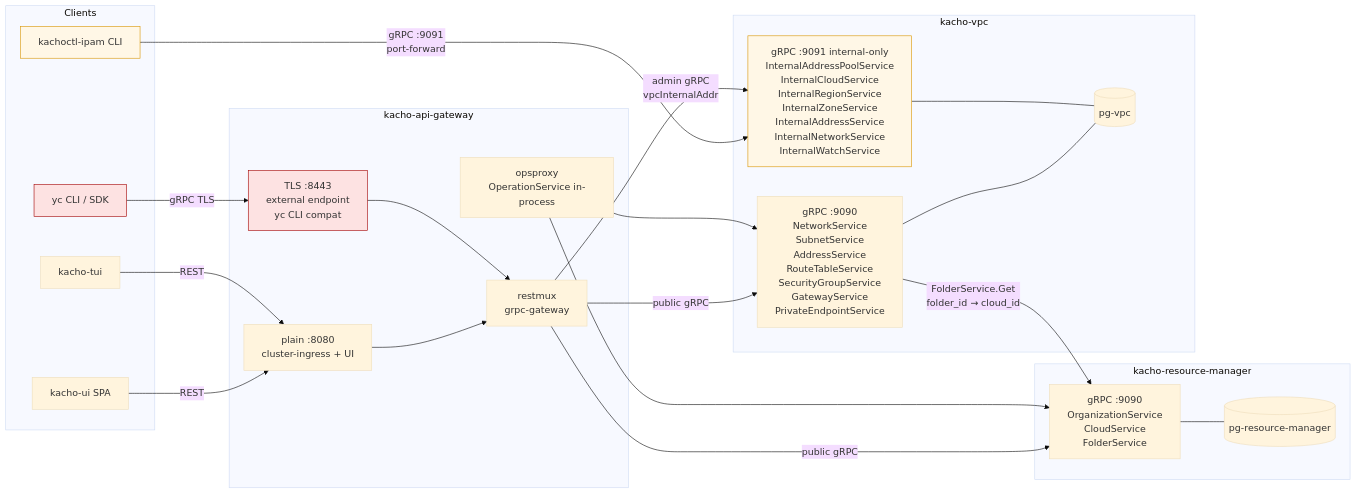
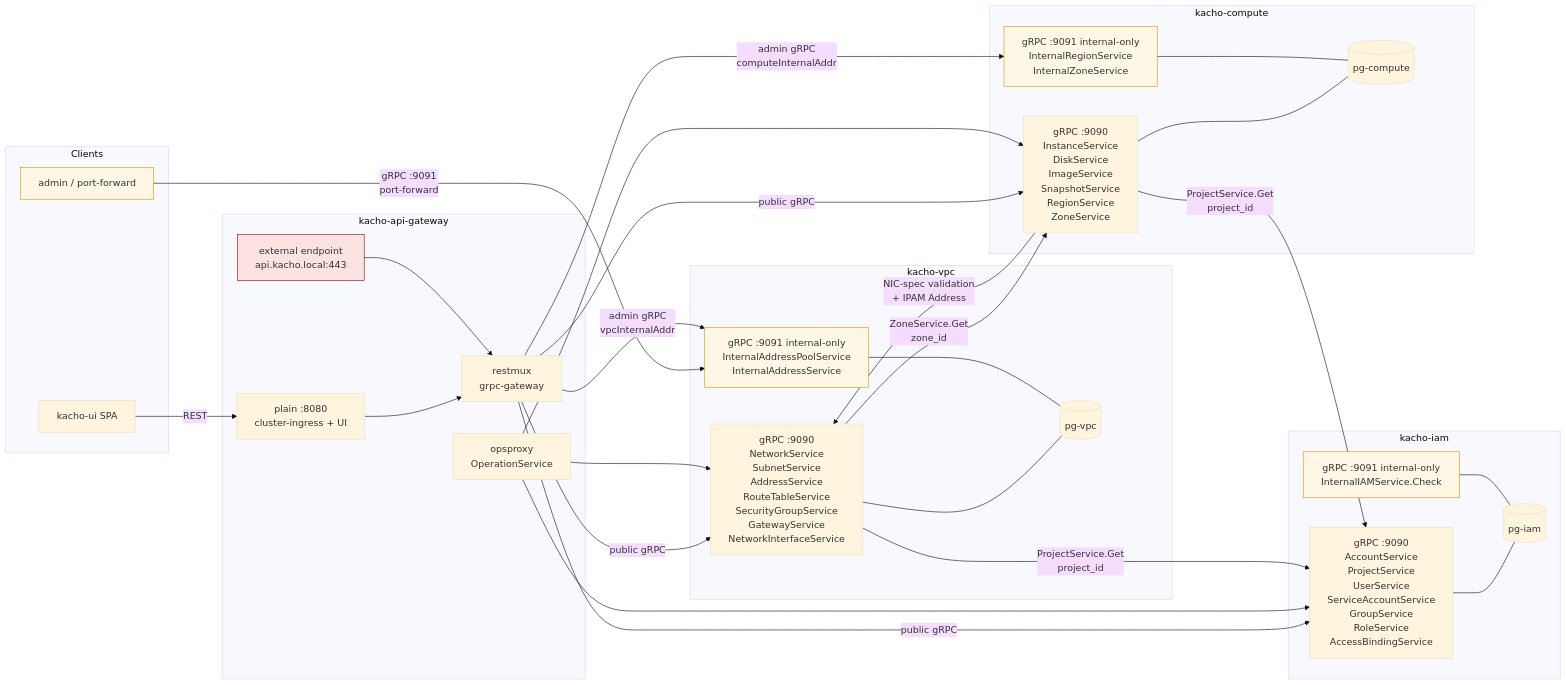
Before and after one commit to PRO-Robotech/kacho-workspace: the diagram in docs/architecture/00-overview.md, drawn with Mermaid (base theme). The commit also changed other lines of this file and 16 other files, not shown here.

````diff
--- a/docs/architecture/00-overview.md
+++ b/docs/architecture/00-overview.md
@@ -50,50 +61,62 @@
 ```mermaid
 flowchart LR
   subgraph clients[Clients]
     UI[kacho-ui SPA]
-    TUI[kacho-tui]
-    CTL[kachoctl-ipam CLI]
-    YC[yc CLI / SDK]
+    CTL[admin / port-forward]
   end
 
   subgraph edge[kacho-api-gateway]
     PUB[plain :8080<br/>cluster-ingress + UI]
-    TLS[TLS :8443<br/>external endpoint<br/>yc CLI compat]
+    TLS[external endpoint<br/>api.kacho.local:443]
     REST[restmux<br/>grpc-gateway]
-    OPS[opsproxy<br/>OperationService in-process]
+    OPS[opsproxy<br/>OperationService]
   end
 
-  subgraph rm[kacho-resource-manager]
-    RMSVC[gRPC :9090<br/>OrganizationService<br/>CloudService<br/>FolderService]
-    RMDB[(pg-resource-manager)]
+  subgraph iam[kacho-iam]
+    IAMSVC[gRPC :9090<br/>AccountService<br/>ProjectService<br/>UserService<br/>ServiceAccountService<br/>GroupService<br/>RoleService<br/>AccessBindingService]
+    IAMINT[gRPC :9091 internal-only<br/>InternalIAMService.Check]
+    IAMDB[(pg-iam)]
   end
 
   subgraph vpc[kacho-vpc]
-    VPCSVC[gRPC :9090<br/>NetworkService<br/>SubnetService<br/>AddressService<br/>RouteTableService<br/>SecurityGroupService<br/>GatewayService<br/>PrivateEndpointService]
-    VPCINT[gRPC :9091 internal-only<br/>InternalAddressPoolService<br/>InternalCloudService<br/>InternalRegionService<br/>InternalZoneService<br/>InternalAddressService<br/>InternalNetworkService<br/>InternalWatchService]
+    VPCSVC[gRPC :9090<br/>NetworkService<br/>SubnetService<br/>AddressService<br/>RouteTableService<br/>SecurityGroupService<br/>GatewayService<br/>NetworkInterfaceService]
+    VPCINT[gRPC :9091 internal-only<br/>InternalAddressPoolService<br/>InternalAddressService]
     VPCDB[(pg-vpc)]
   end
 
+  subgraph compute[kacho-compute]
+    CMPSVC[gRPC :9090<br/>InstanceService<br/>DiskService<br/>ImageService<br/>SnapshotService<br/>RegionService<br/>ZoneService]
+    CMPINT[gRPC :9091 internal-only<br/>InternalRegionService<br/>InternalZoneService]
+    CMPDB[(pg-compute)]
+  end
+
   UI -->|REST| PUB
-  TUI -->|REST| PUB
   CTL -->|gRPC :9091<br/>port-forward| VPCINT
-  YC -->|gRPC TLS| TLS
 
   PUB --> REST
   TLS --> REST
-  REST -->|public gRPC| RMSVC
+  REST -->|public gRPC| IAMSVC
   REST -->|public gRPC| VPCSVC
+  REST -->|public gRPC| CMPSVC
   REST -->|admin gRPC<br/>vpcInternalAddr| VPCINT
-  OPS --> RMSVC
+  REST -->|admin gRPC<br/>computeInternalAddr| CMPINT
+  OPS --> IAMSVC
   OPS --> VPCSVC
+  OPS --> CMPSVC
 
-  VPCSVC -->|FolderService.Get<br/>folder_id → cloud_id| RMSVC
+  VPCSVC -->|ProjectService.Get<br/>project_id| IAMSVC
+  VPCSVC -->|ZoneService.Get<br/>zone_id| CMPSVC
+  CMPSVC -->|NIC-spec validation<br/>+ IPAM Address| VPCSVC
+  CMPSVC -->|ProjectService.Get<br/>project_id| IAMSVC
   VPCSVC --- VPCDB
   VPCINT --- VPCDB
-  RMSVC --- RMDB
+  CMPSVC --- CMPDB
+  CMPINT --- CMPDB
+  IAMSVC --- IAMDB
+  IAMINT --- IAMDB
 
   classDef admin fill:#fff7e6,stroke:#d99500
-  class VPCINT,CTL admin
+  class VPCINT,CMPINT,IAMINT,CTL admin
   classDef ext fill:#fde2e2,stroke:#a30000
-  class TLS,YC ext
+  class TLS ext
 ```
````
